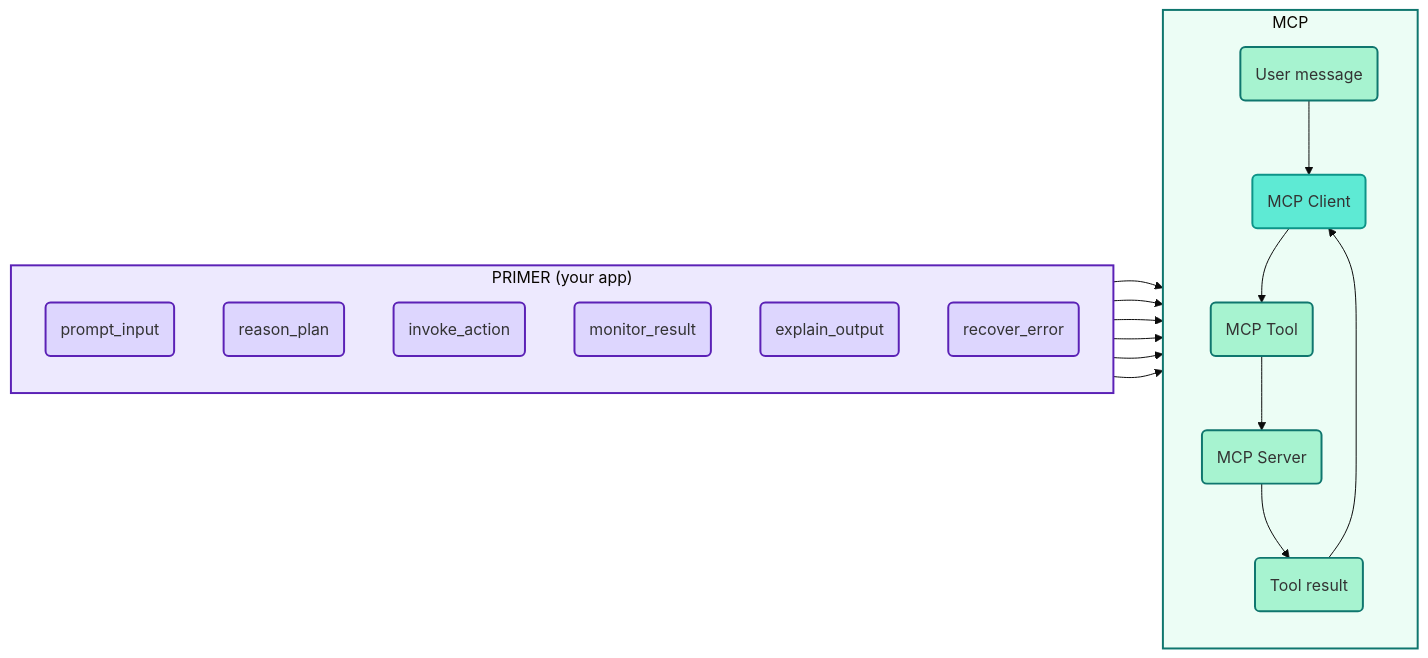
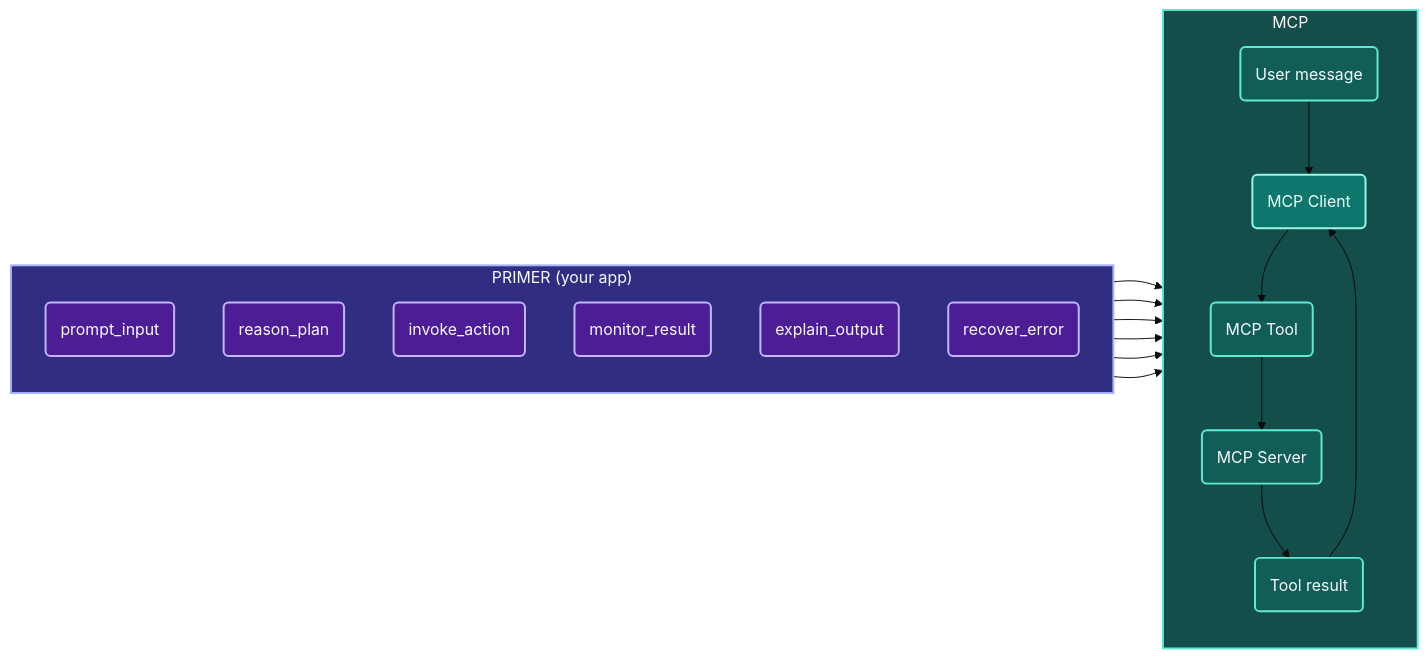
The diagram in docs/understanding-primer/how-mcp-is-primer.md (At-Wish/Doc-MCP), drawn with Mermaid (base theme) before and after one commit. The commit also changed 4 other files, not shown here.

First line of the commit message:
Add @docusaurus/theme-mermaid support and update styles in documentation

````diff
--- a/docs/understanding-primer/how-mcp-is-primer.md
+++ b/docs/understanding-primer/how-mcp-is-primer.md
@@ -23,42 +23,42 @@
 ```mermaid
 flowchart LR
   subgraph PRIMER[" PRIMER (your app) "]
     direction TB
     P(prompt_input)
     R1(reason_plan)
     I(invoke_action)
     M(monitor_result)
     E(explain_output)
     R2(recover_error)
   end
 
   subgraph MCP[" MCP "]
     direction TB
     U(User message)
     Client(MCP Client)
     Tool(MCP Tool)
     Result(Tool result)
     Server(MCP Server)
   end
 
   P --> U
   R1 --> Client
   I --> Tool
   M --> Result
   E --> Client
   R2 --> Client
   U --> Client
   Client --> Tool
   Tool --> Server
   Server --> Result
   Result --> Client
 
-  style PRIMER fill:#ede9fe,stroke:#5b21b6,stroke-width:2px
-  style MCP fill:#ecfdf5,stroke:#0f766e,stroke-width:2px
-  classDef primerNode fill:#ddd6fe,stroke:#5b21b6,stroke-width:2px
-  classDef mcpNode fill:#a7f3d0,stroke:#0f766e,stroke-width:2px
-  classDef clientNode fill:#5eead4,stroke:#0d9488,stroke-width:2px
+  style PRIMER fill:#312e81,stroke:#a5b4fc,stroke-width:2px,color:#f8fafc
+  style MCP fill:#134e4a,stroke:#5eead4,stroke-width:2px,color:#f8fafc
+  classDef primerNode fill:#4c1d95,stroke:#c4b5fd,stroke-width:2px,color:#f8fafc
+  classDef mcpNode fill:#115e59,stroke:#5eead4,stroke-width:2px,color:#f8fafc
+  classDef clientNode fill:#0f766e,stroke:#99f6e4,stroke-width:2px,color:#ecfdf5
   class P,R1,I,M,E,R2 primerNode
   class U,Tool,Result,Server mcpNode
   class Client clientNode
 ```
````
